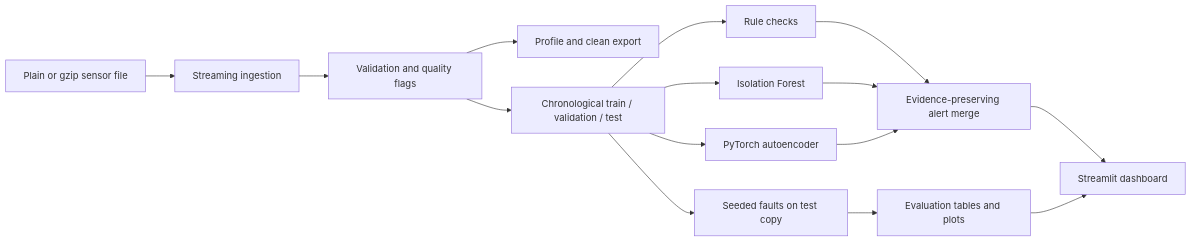
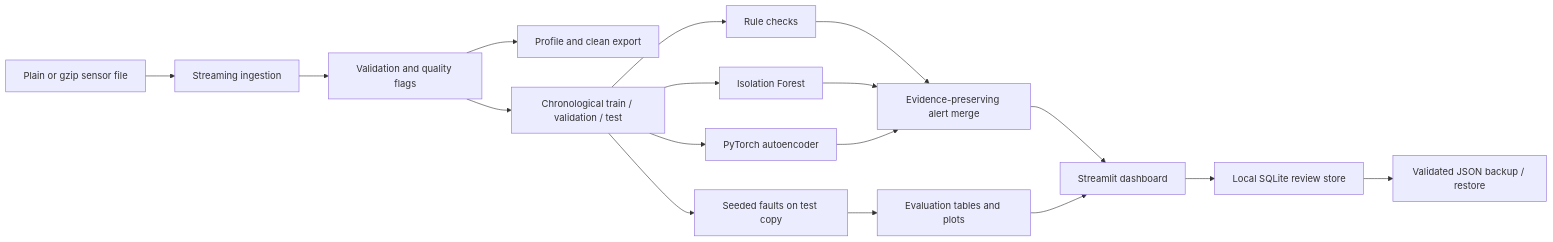
Before and after one commit to Nanduposina/SensorGuard: the diagram in README.md, drawn with Mermaid. The commit also changed other lines of this file and 2 other files, not shown here.

````diff
--- a/README.md
+++ b/README.md
@@ -19,17 +19,19 @@
 ```mermaid
 flowchart LR
   Raw[Plain or gzip sensor file] --> Stream[Streaming ingestion]
   Stream --> Quality[Validation and quality flags]
   Quality --> Profile[Profile and clean export]
   Quality --> Split[Chronological train / validation / test]
   Split --> Rules[Rule checks]
   Split --> IF[Isolation Forest]
   Split --> AE[PyTorch autoencoder]
   Split --> Inject[Seeded faults on test copy]
   Rules --> Merge[Evidence-preserving alert merge]
   IF --> Merge
   AE --> Merge
   Inject --> Metrics[Evaluation tables and plots]
   Merge --> Dashboard[Streamlit dashboard]
   Metrics --> Dashboard
+  Dashboard --> Review[Local SQLite review store]
+  Review --> Backup[Validated JSON backup / restore]
 ```
````
